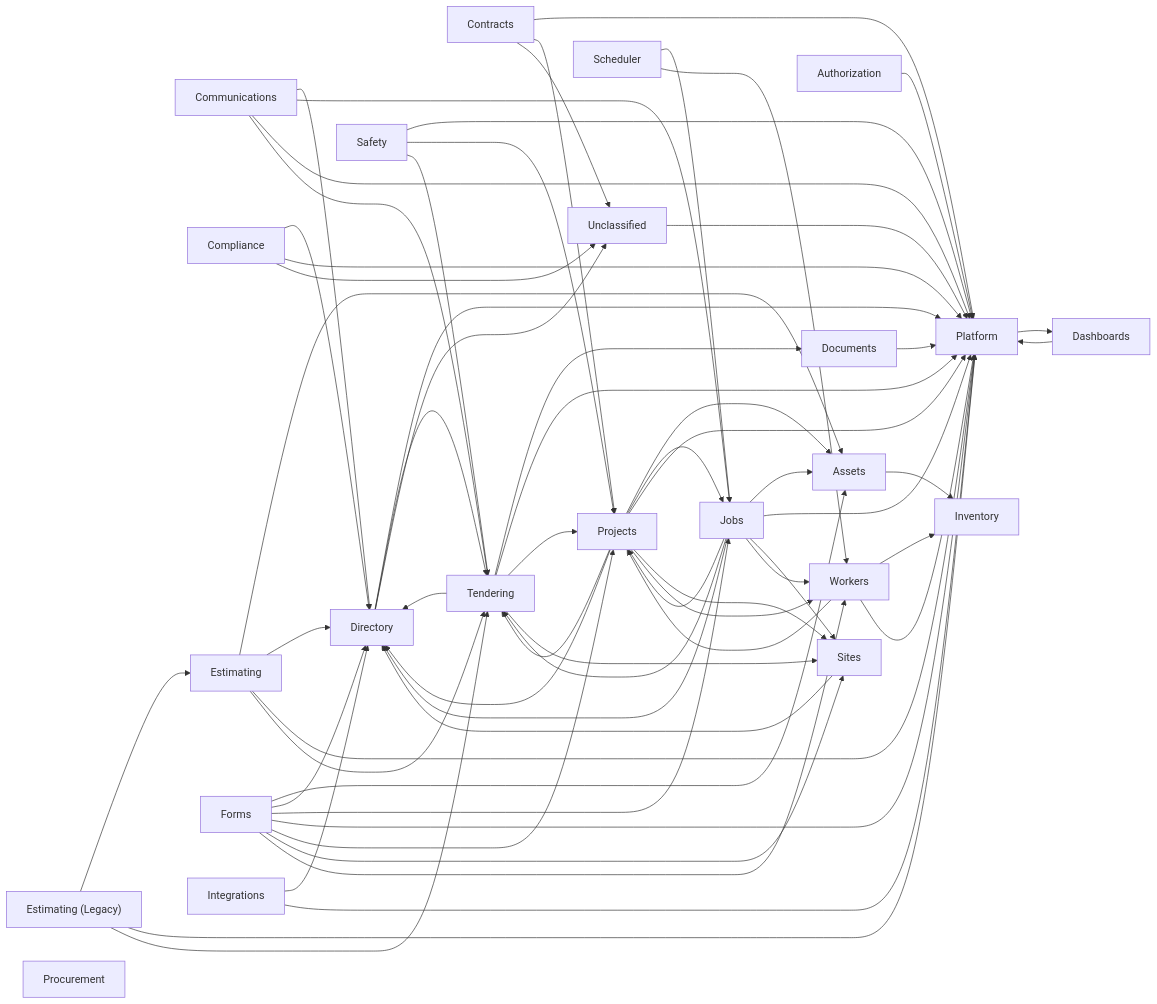
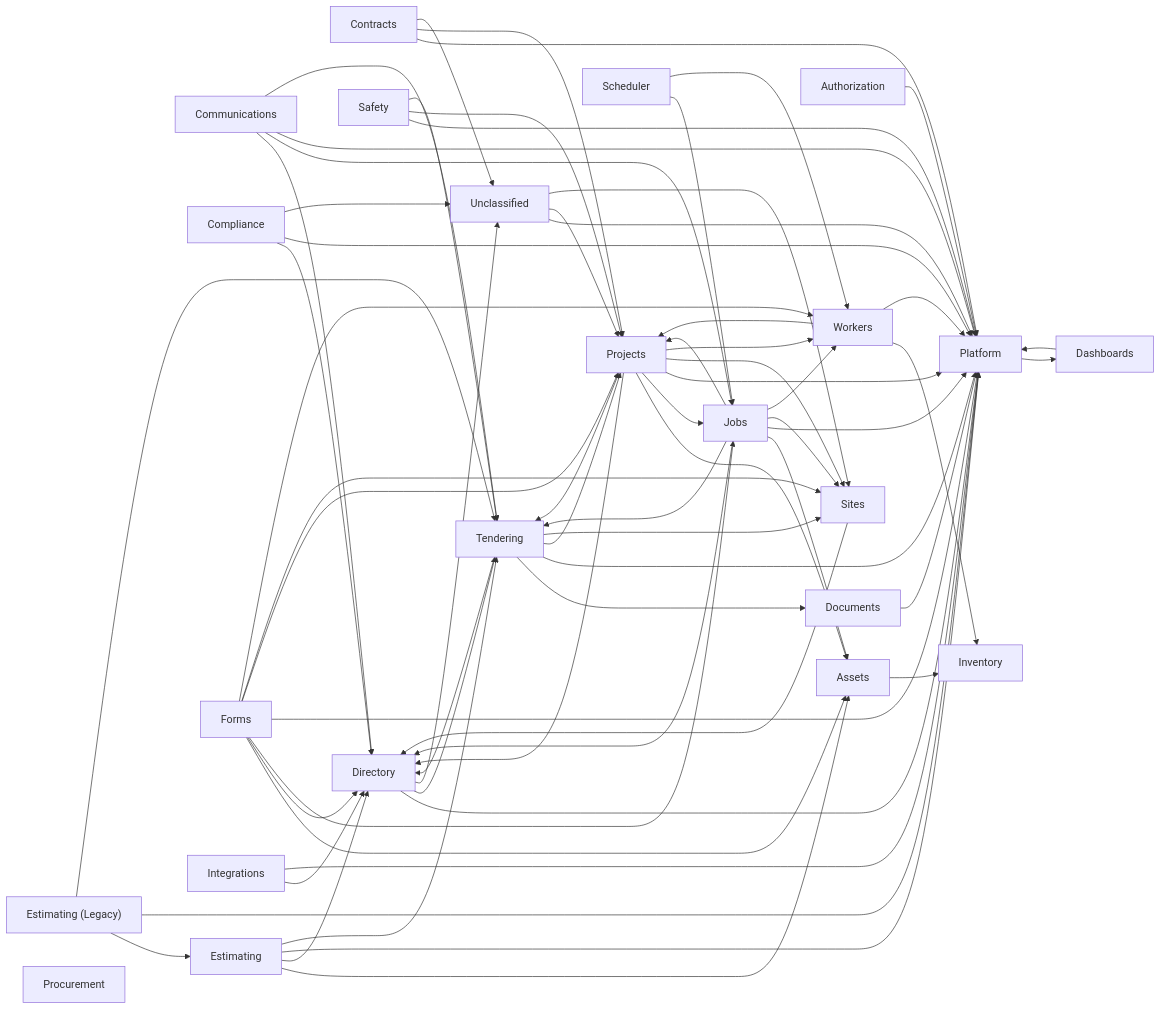
The diagram in docs/data-model/relationship-map.md (GH-Mantova/ProjectOperations), drawn with Mermaid before and after one commit. The commit also changed other lines of this file and 9 other files, not shown here.

```diff
--- a/docs/data-model/relationship-map.md
+++ b/docs/data-model/relationship-map.md
@@ -141,6 +141,8 @@
   tendering --> projects
   tendering --> sites
   unclassified --> platform
+  unclassified --> projects
+  unclassified --> sites
   workers --> inventory
   workers --> platform
   workers --> projects
```
